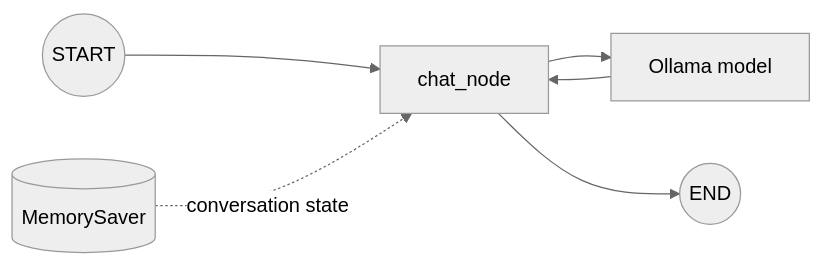
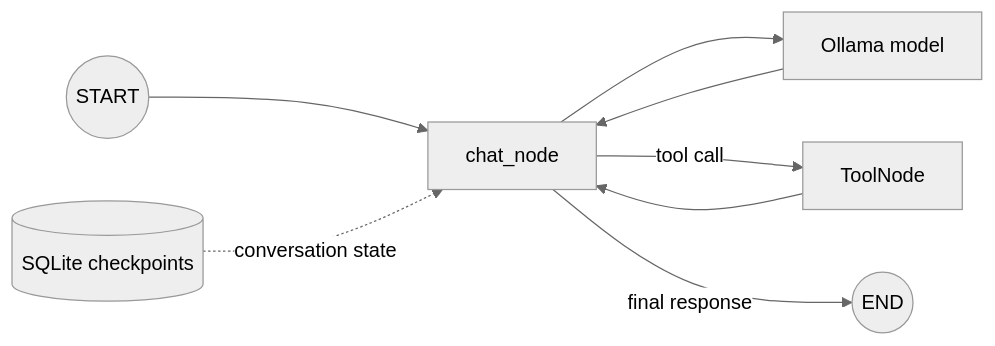
Before and after one commit to nijat-akhundzada/langgraph-agentic-chatbot: the diagram in README.md, drawn with Mermaid (neutral theme). The commit also changed other lines of this file and 10 other files, not shown here.

Commit message:
feat: add self-hosted Langfuse observability, persistence with sqlite, and tools

````diff
--- a/README.md
+++ b/README.md
@@ -19,8 +19,10 @@
 ```mermaid
 flowchart LR
     START((START)) --> Chat[chat_node]
     Chat --> Ollama[Ollama model]
     Ollama --> Chat
-    Chat --> END((END))
-    Memory[(MemorySaver)] -. conversation state .-> Chat
+    Chat -->|tool call| Tools[ToolNode]
+    Tools --> Chat
+    Chat -->|final response| END((END))
+    Memory[(SQLite checkpoints)] -. conversation state .-> Chat
 ```
````
